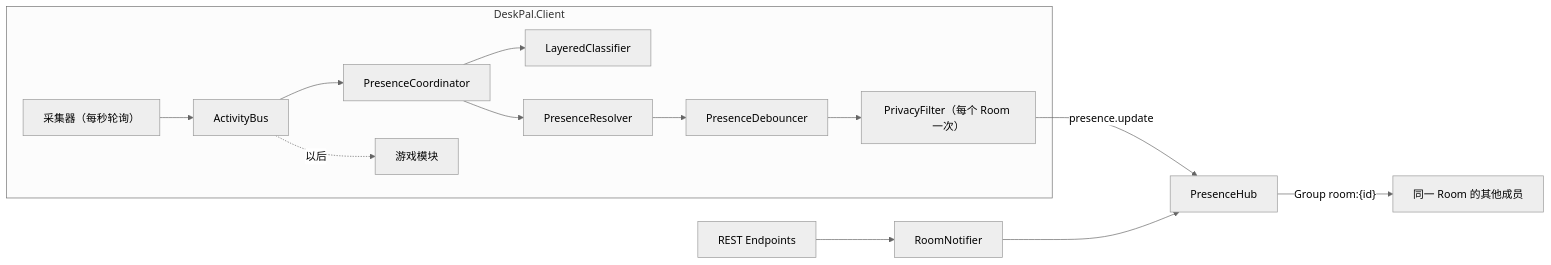
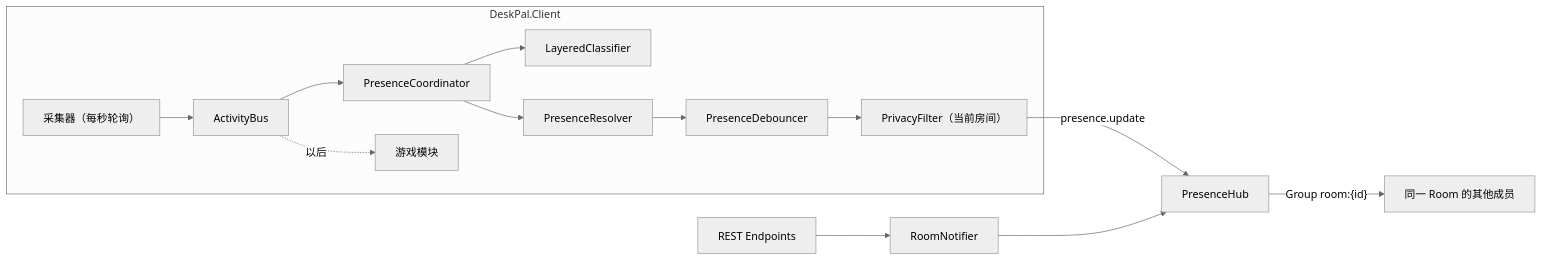
One commit to HuLuShiLei/DeskPal changed the diagram in docs/architecture.md. Above: the diagram before and after it, drawn with Mermaid (neutral theme). The commit also changed other lines of this file and 40 other files, not shown here.

````diff
--- a/docs/architecture.md
+++ b/docs/architecture.md
@@ -17,16 +17,16 @@
 ```mermaid
 flowchart LR
   subgraph client [DeskPal.Client]
     Collectors["采集器（每秒轮询）"] --> Bus["ActivityBus"]
     Bus --> Coordinator["PresenceCoordinator"]
     Coordinator --> Classifier["LayeredClassifier"]
     Coordinator --> Resolver["PresenceResolver"]
     Resolver --> Debouncer["PresenceDebouncer"]
-    Debouncer --> Filter["PrivacyFilter（每个 Room 一次）"]
+    Debouncer --> Filter["PrivacyFilter（当前房间）"]
     Bus -.->|"以后"| Game["游戏模块"]
   end
   Filter -->|"presence.update"| Hub["PresenceHub"]
   Hub -->|"Group room:{id}"| Others["同一 Room 的其他成员"]
   Endpoints["REST Endpoints"] --> Notifier["RoomNotifier"]
   Notifier --> Hub
 ```
````
